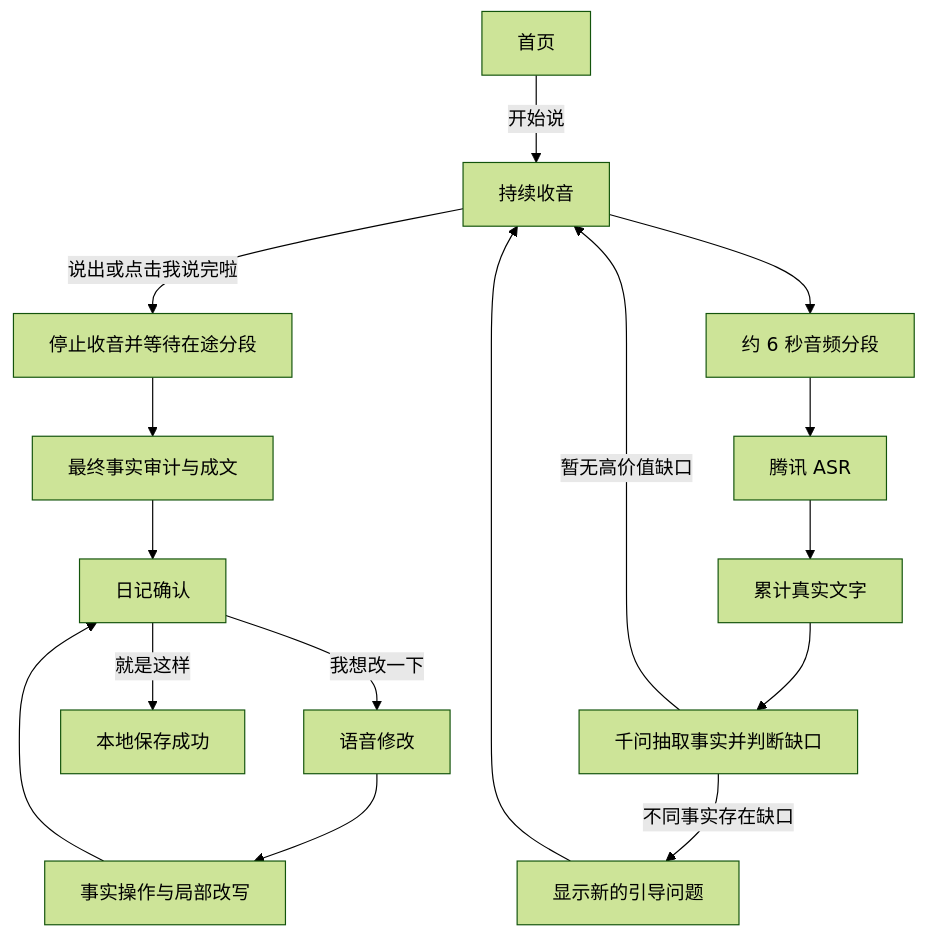
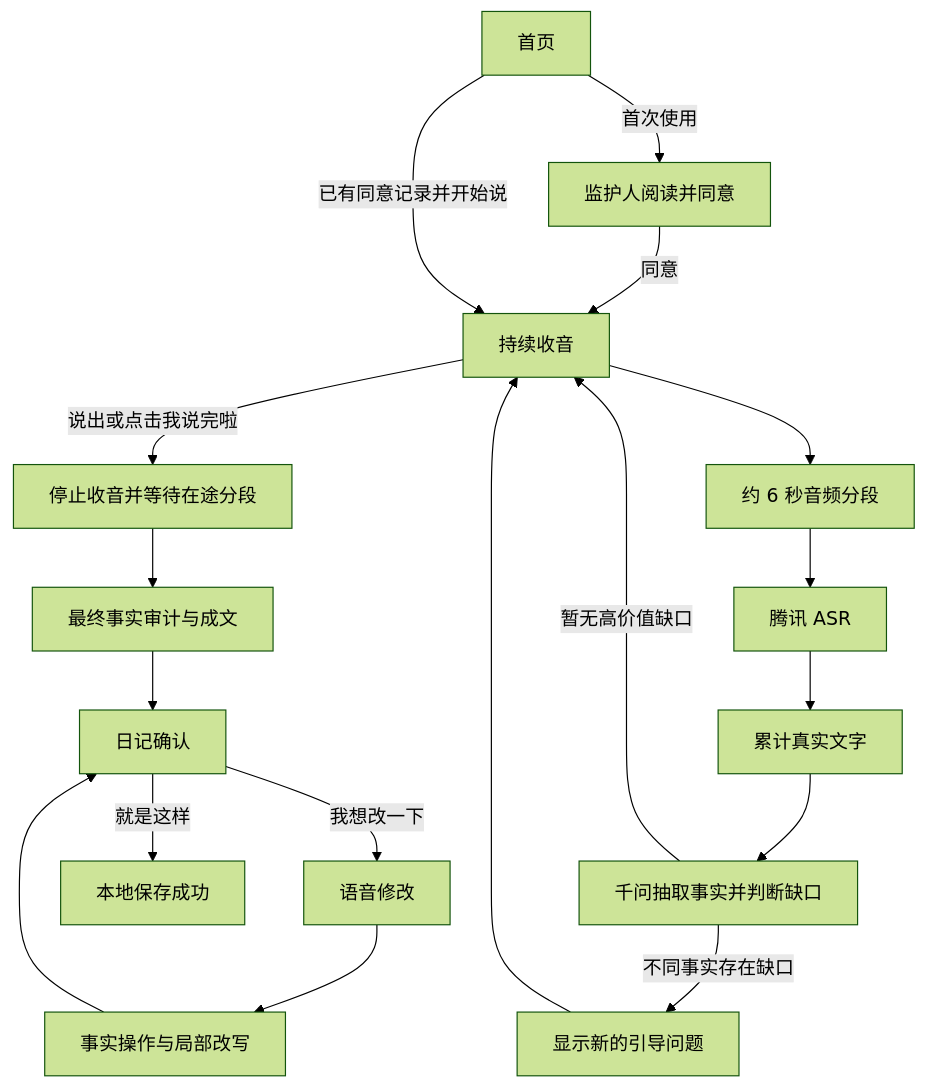
The diagram in mvp-product-spec.md (qq529077764/child_diary), drawn with Mermaid (forest theme) before and after one commit. The commit also changed other lines of this file and 9 other files, not shown here.

````diff
--- a/mvp-product-spec.md
+++ b/mvp-product-spec.md
@@ -72,18 +73,20 @@
 ```mermaid
 flowchart TD
-  A[首页] -->|开始说| B[持续收音]
+  A[首页] -->|首次使用| P[监护人阅读并同意]
+  P -->|同意| B[持续收音]
+  A -->|已有同意记录并开始说| B
   B --> C[约 6 秒音频分段]
   C --> D[腾讯 ASR]
   D --> E[累计真实文字]
   E --> F[千问抽取事实并判断缺口]
   F -->|不同事实存在缺口| G[显示新的引导问题]
   G --> B
   F -->|暂无高价值缺口| B
   B -->|说出或点击我说完啦| H[停止收音并等待在途分段]
   H --> I[最终事实审计与成文]
   I --> J[日记确认]
   J -->|就是这样| K[本地保存成功]
   J -->|我想改一下| L[语音修改]
   L --> M[事实操作与局部改写]
   M --> J
 ```
````
